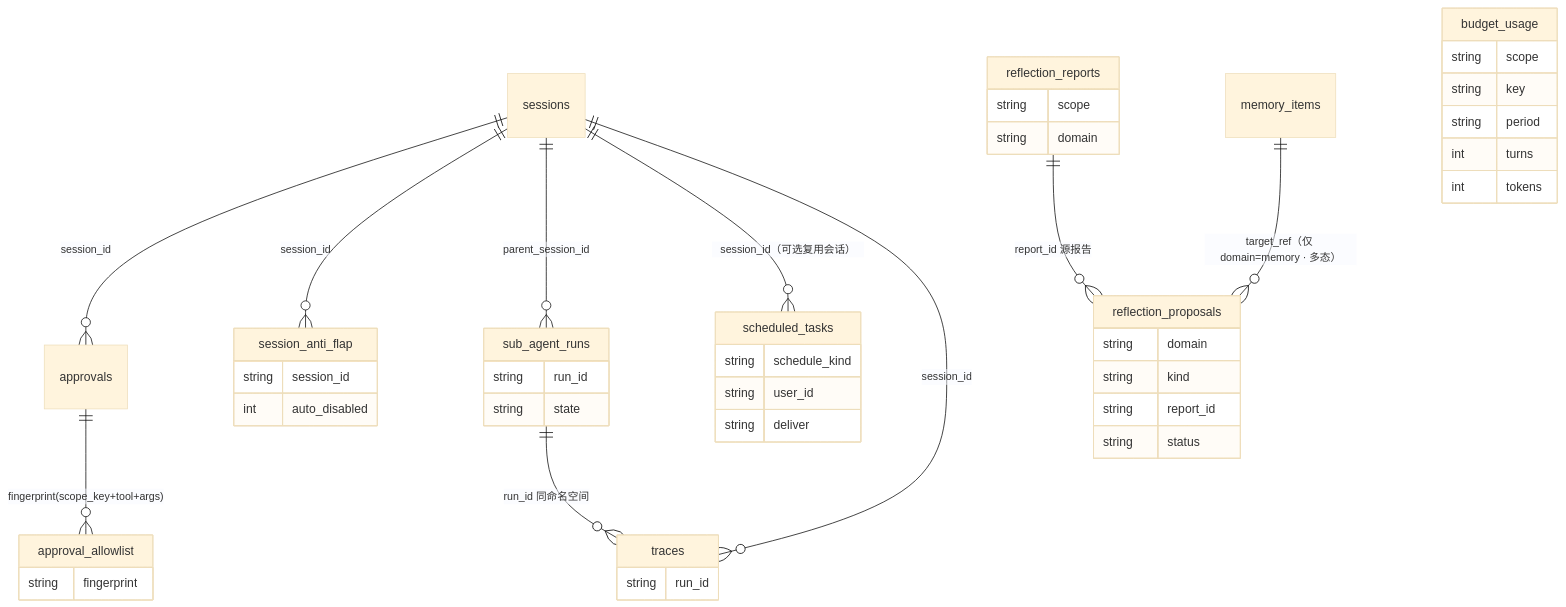
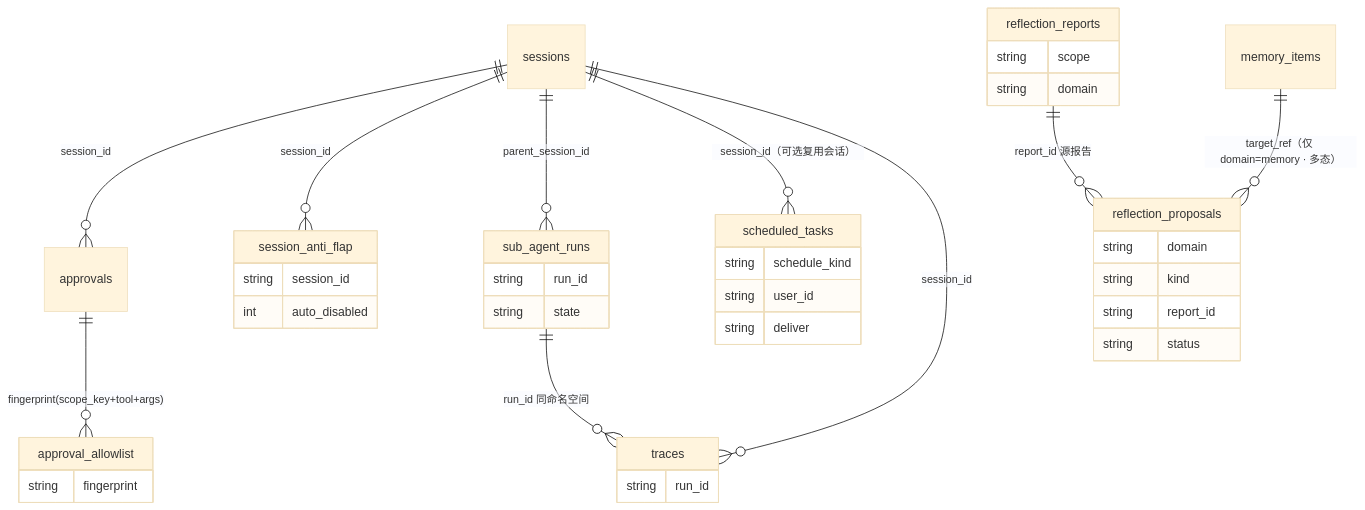
The third of 4 diagrams in docs/architecture/data-model.md (Summy2104/fleetent), drawn with Mermaid (base theme) before and after one commit. The commit also changed other lines of this file and 36 other files, not shown here.

````diff
--- a/docs/architecture/data-model.md
+++ b/docs/architecture/data-model.md
@@ -163,48 +162,41 @@
 ```mermaid
 erDiagram
   sessions ||--o{ approvals : "session_id"
   sessions ||--o{ session_anti_flap : "session_id"
   sessions ||--o{ sub_agent_runs : "parent_session_id"
   sessions ||--o{ scheduled_tasks : "session_id（可选复用会话）"
   sessions ||--o{ traces : "session_id"
   sub_agent_runs ||--o{ traces : "run_id 同命名空间"
   reflection_reports ||--o{ reflection_proposals : "report_id 源报告"
   memory_items ||--o{ reflection_proposals : "target_ref（仅 domain=memory · 多态）"
   approvals ||--o{ approval_allowlist : "fingerprint(scope_key+tool+args)"
   scheduled_tasks {
     string schedule_kind
     string user_id
     string deliver
   }
   traces {
     string run_id
   }
   reflection_reports {
     string scope
     string domain
   }
   reflection_proposals {
     string domain
     string kind
     string report_id
     string status
   }
   approval_allowlist {
     string fingerprint
   }
   session_anti_flap {
     string session_id
     int auto_disabled
   }
   sub_agent_runs {
     string run_id
     string state
   }
-  budget_usage {
-    string scope
-    string key
-    string period
-    int turns
-    int tokens
-  }
 ```
````
